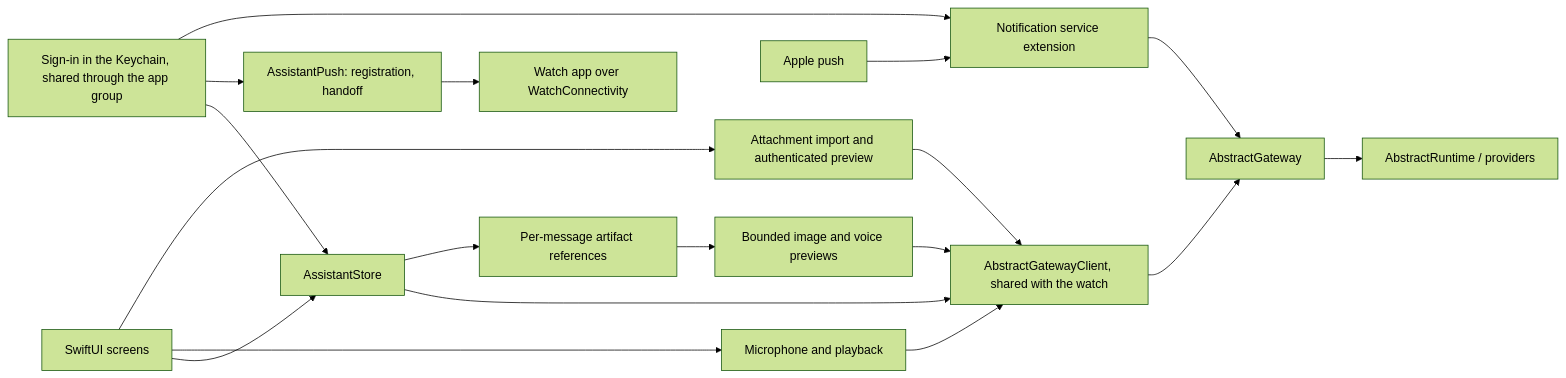
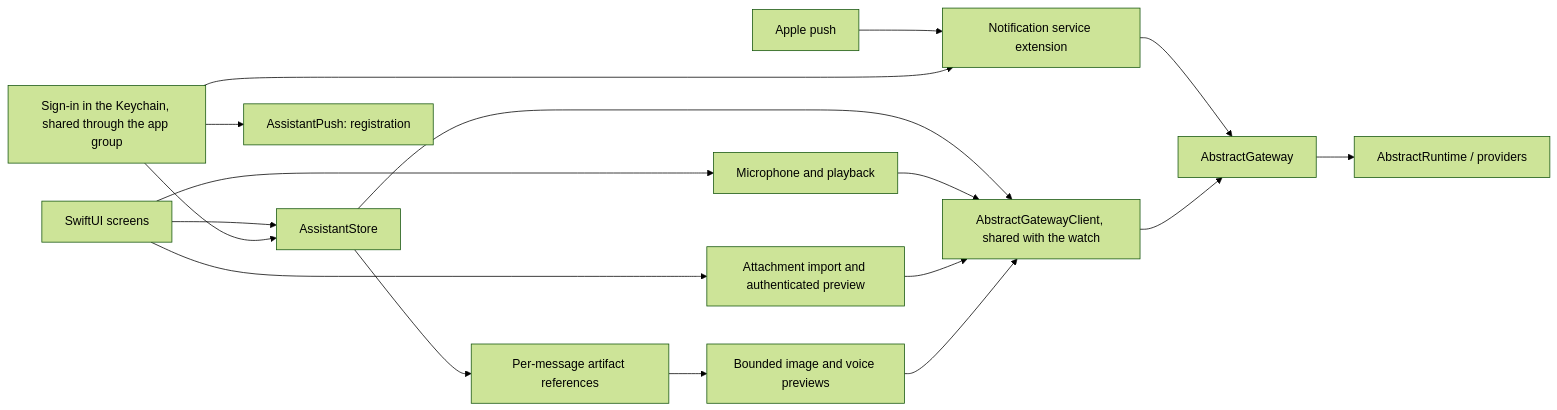
The diagram in phone/iphone/docs/architecture.md (lpalbou/AbstractAssistant), drawn with Mermaid (forest theme) before and after one commit. The commit also changed other lines of this file and 25 other files, not shown here.

````diff
--- a/phone/iphone/docs/architecture.md
+++ b/phone/iphone/docs/architecture.md
@@ -7,20 +7,19 @@
 ```mermaid
 flowchart LR
     Views[SwiftUI screens] --> Store[AssistantStore]
     Views --> Voice[Microphone and playback]
     Vault[Sign-in in the Keychain, shared through the app group] --> Store
-    Vault --> Push[AssistantPush: registration, handoff]
-    Push --> Watch[Watch app over WatchConnectivity]
+    Vault --> Push[AssistantPush: registration]
     APNs[Apple push] --> NSE[Notification service extension]
     Vault --> NSE
     NSE --> Gateway
     Store --> Client[AbstractGatewayClient, shared with the watch]
     Voice --> Client
     Views --> Files[Attachment import and authenticated preview]
     Files --> Client
     Store --> Media[Per-message artifact references]
     Media --> Preview[Bounded image and voice previews]
     Preview --> Client
     Client --> Gateway[AbstractGateway]
     Gateway --> Runtime[AbstractRuntime / providers]
 ```
````
